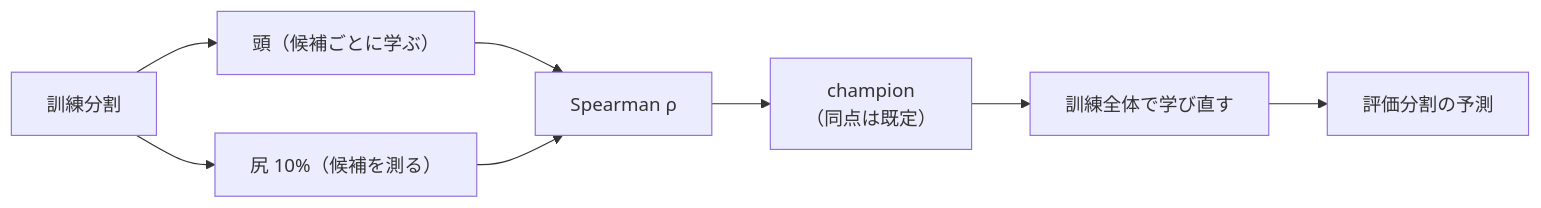
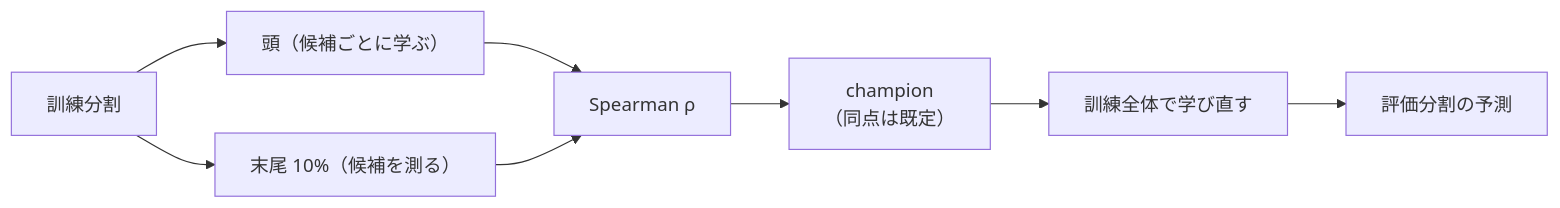
Diagram 14 of 38 in docs/specs/experiments/feature-discovery/rules.md (akiraak/ai-income-lab), drawn with Mermaid before and after one commit. The commit also changed other lines of this file and 45 other files, not shown here.

````diff
--- a/docs/specs/experiments/feature-discovery/rules.md
+++ b/docs/specs/experiments/feature-discovery/rules.md
@@ -935,10 +935,10 @@
 ```mermaid
 flowchart LR
   TR["訓練分割"] --> H["頭（候補ごとに学ぶ）"]
-  TR --> T["尻 10%（候補を測る）"]
+  TR --> T["末尾 10%（候補を測る）"]
   H --> S["Spearman ρ"]
   T --> S
   S --> C["champion<br/>（同点は既定）"]
   C --> R["訓練全体で学び直す"]
   R --> E["評価分割の予測"]
 ```
````
